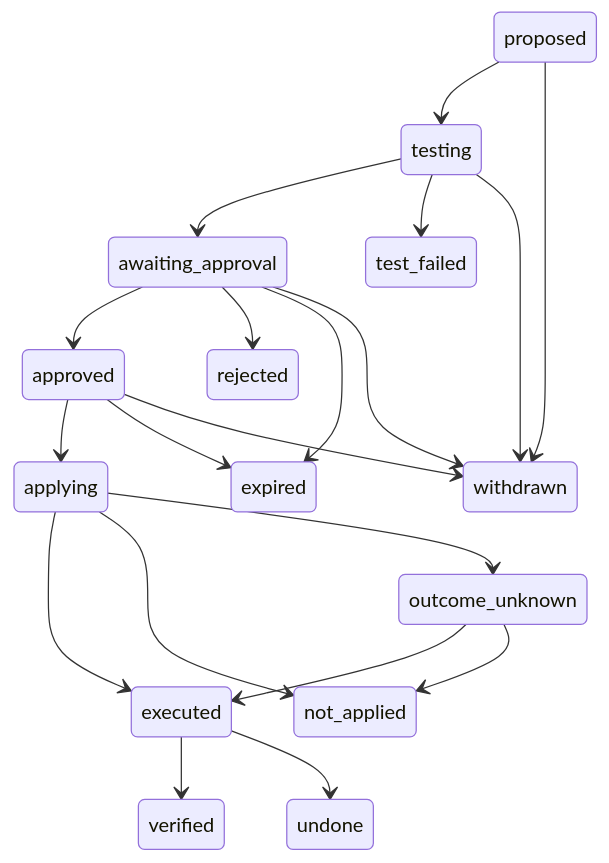
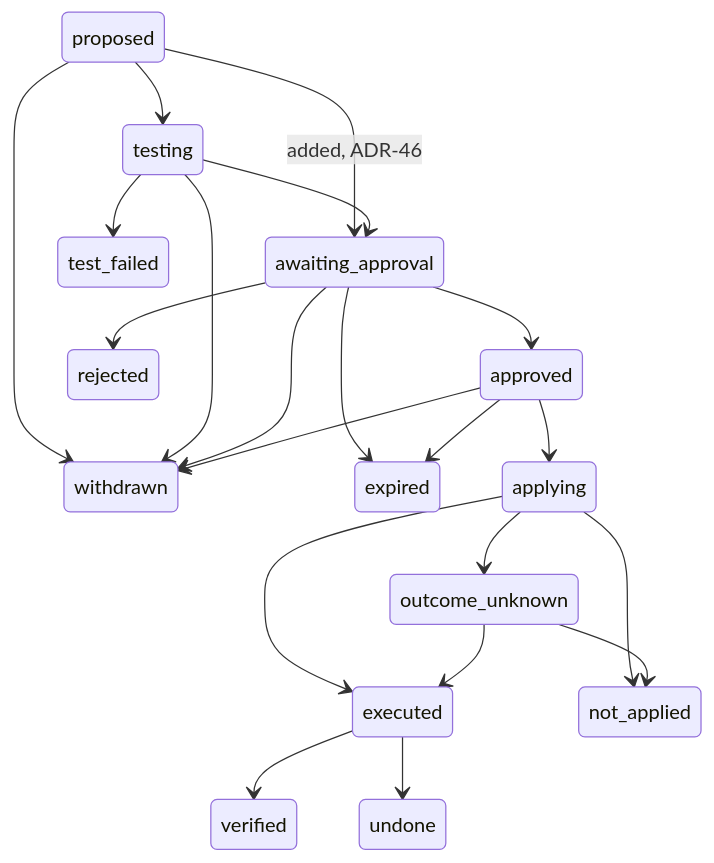
One commit to LovishMahajan/incident-copilot changed the second of 2 diagrams in docs/layers/layer-08-workflows-state-machines/artifact-08-workflow-specification.md. Above: the diagram before and after it, drawn with Mermaid. The commit also changed other lines of this file and 55 other files, not shown here.

````diff
--- a/docs/layers/layer-08-workflows-state-machines/artifact-08-workflow-specification.md
+++ b/docs/layers/layer-08-workflows-state-machines/artifact-08-workflow-specification.md
@@ -158,22 +216,23 @@
 ```mermaid
 stateDiagram-v2
     proposed --> testing
     proposed --> withdrawn
+    proposed --> awaiting_approval: added, ADR-46
     testing --> awaiting_approval
     testing --> test_failed
     testing --> withdrawn
     awaiting_approval --> approved
     awaiting_approval --> rejected
     awaiting_approval --> expired
     awaiting_approval --> withdrawn
     approved --> applying
     approved --> expired
     approved --> withdrawn
     applying --> executed
     applying --> not_applied
     applying --> outcome_unknown
     outcome_unknown --> executed
     outcome_unknown --> not_applied
     executed --> verified
     executed --> undone
 ```
````
